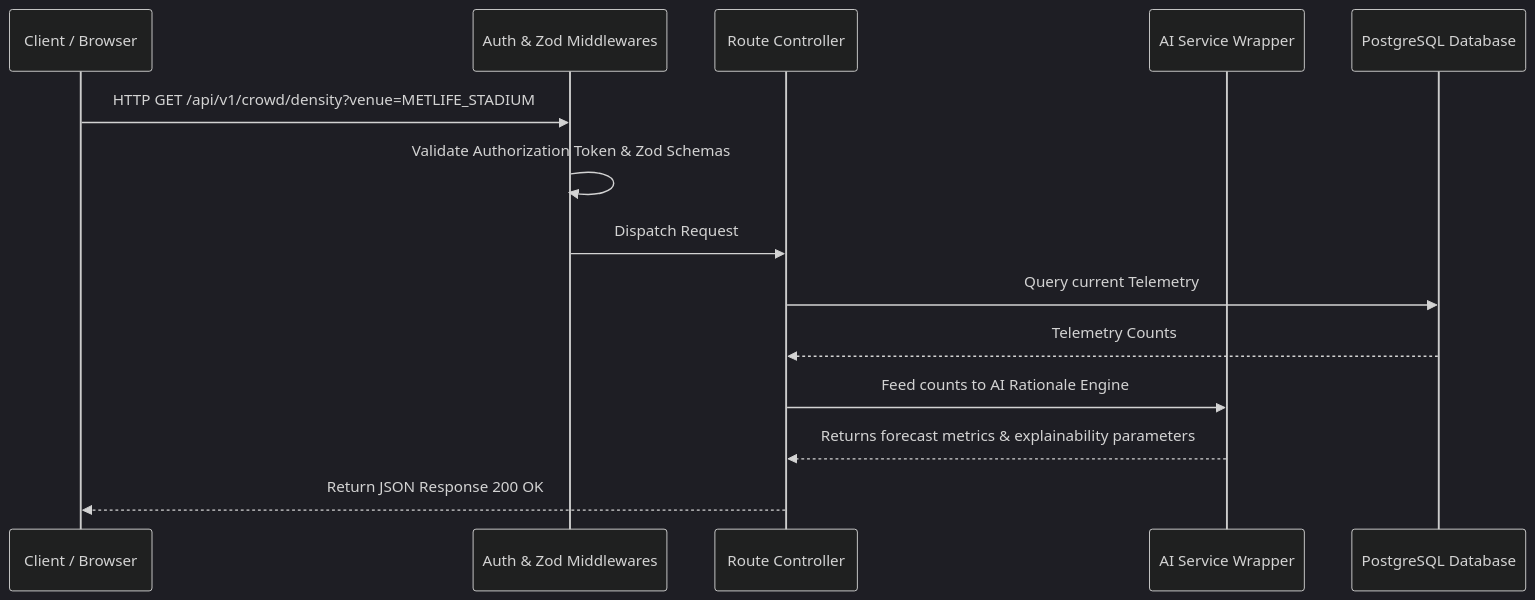
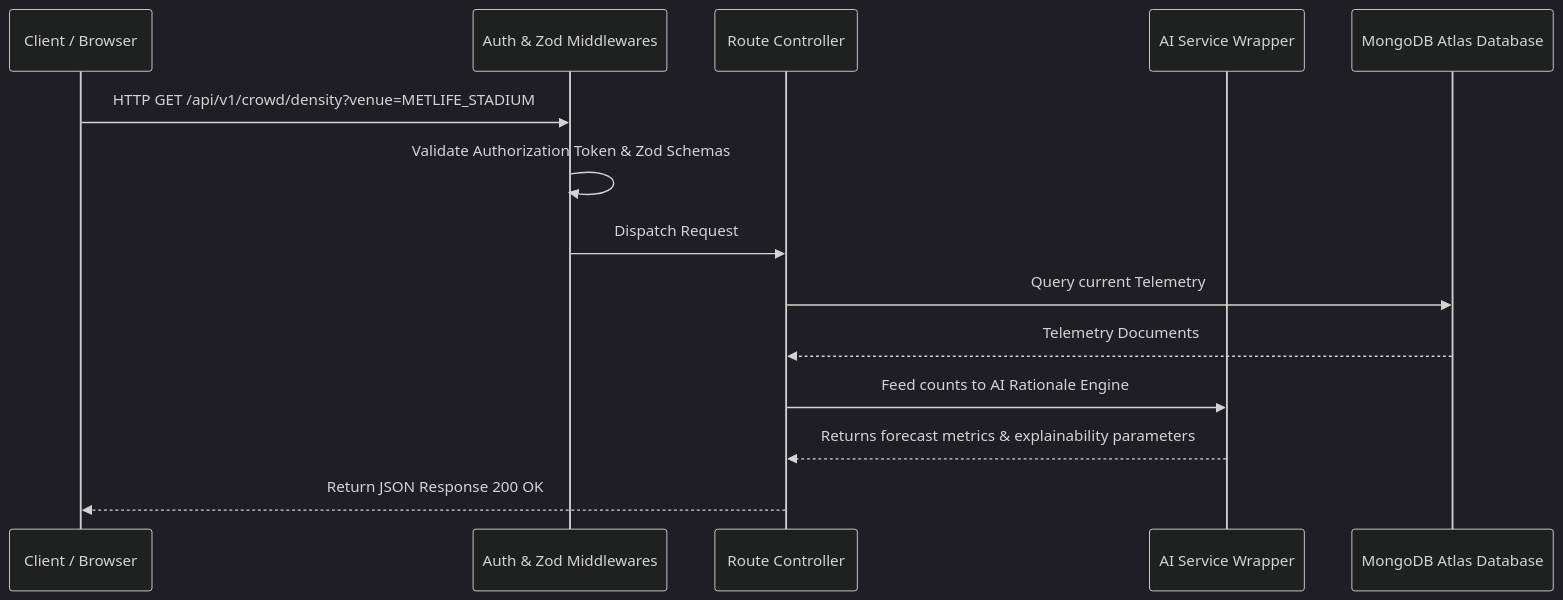
The second of 6 diagrams in README.md (varshiniv197-beep/StadiumIQ-AI), drawn with Mermaid (dark theme) before and after one commit. The commit also changed other lines of this file and 1 other file, not shown here.

Commit message:
db: configure Prisma schema and README for MongoDB database provider

````diff
--- a/README.md
+++ b/README.md
@@ -77,17 +77,17 @@
 ```mermaid
 sequenceDiagram
     participant Fan as Client / Browser
     participant Guard as Auth & Zod Middlewares
     participant Ctrl as Route Controller
     participant Svc as AI Service Wrapper
-    participant DB as PostgreSQL Database
+    participant DB as MongoDB Atlas Database
 
     Fan->>Guard: HTTP GET /api/v1/crowd/density?venue=METLIFE_STADIUM
     Guard->>Guard: Validate Authorization Token & Zod Schemas
     Guard->>Ctrl: Dispatch Request
     Ctrl->>DB: Query current Telemetry
-    DB-->>Ctrl: Telemetry Counts
+    DB-->>Ctrl: Telemetry Documents
     Ctrl->>Svc: Feed counts to AI Rationale Engine
     Svc-->>Ctrl: Returns forecast metrics & explainability parameters
     Ctrl-->>Fan: Return JSON Response 200 OK
 ```
````
